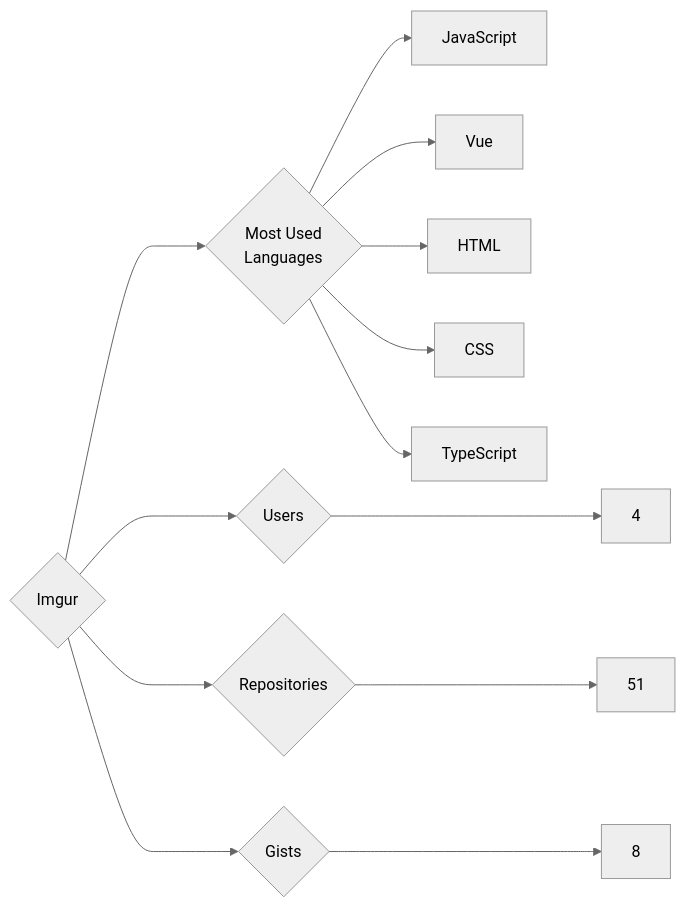
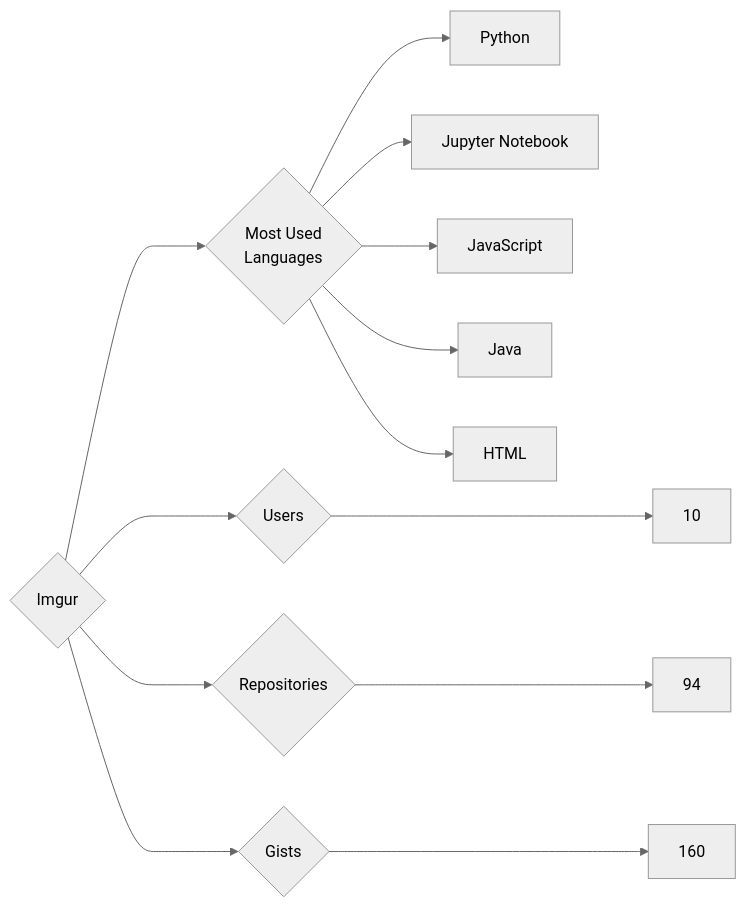
Before and after one commit to trickest/insiders: the diagram in targets/Imgur/README.md, drawn with Mermaid (neutral theme). The commit also changed 1212 other files, not shown here.

````diff
--- a/targets/Imgur/README.md
+++ b/targets/Imgur/README.md
@@ -3,13 +3,13 @@
 ```mermaid
 graph LR
 COMPANY_NAME{Imgur}
-COMPANY_NAME ---> U{Users} ---> UN[4]
-COMPANY_NAME ---> R{Repositories} ---> RN[51]
-COMPANY_NAME ---> G{Gists} ---> GN[8]
+COMPANY_NAME ---> U{Users} ---> UN[10]
+COMPANY_NAME ---> R{Repositories} ---> RN[94]
+COMPANY_NAME ---> G{Gists} ---> GN[160]
 COMPANY_NAME ---> ML{Most Used<br>Languages}
+ML --> Python[Python]
+ML --> Jupyter_Notebook[Jupyter Notebook]
 ML --> JavaScript[JavaScript]
-ML --> Vue[Vue]
+ML --> Java[Java]
 ML --> HTML[HTML]
-ML --> CSS[CSS]
-ML --> TypeScript[TypeScript]
 ```
````
